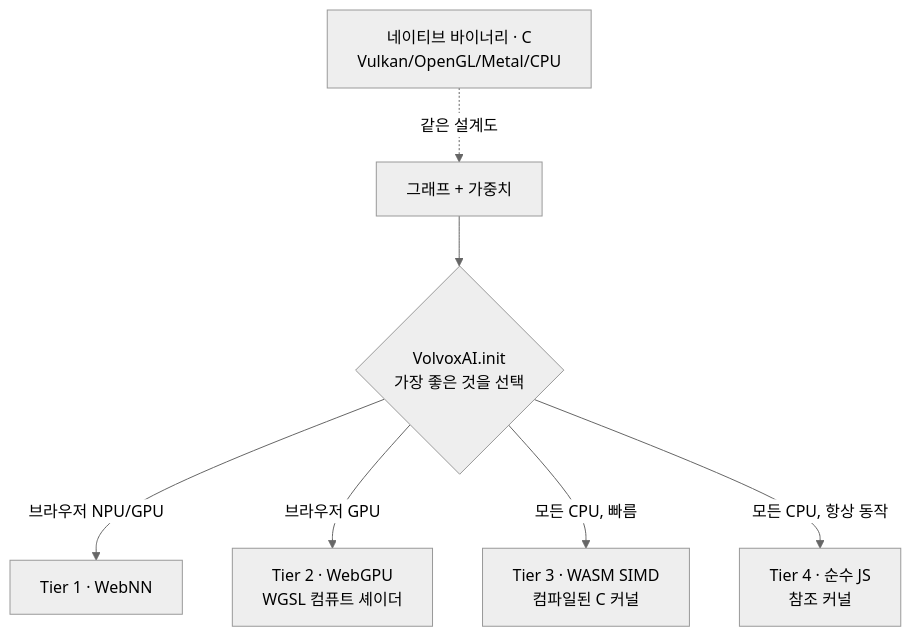
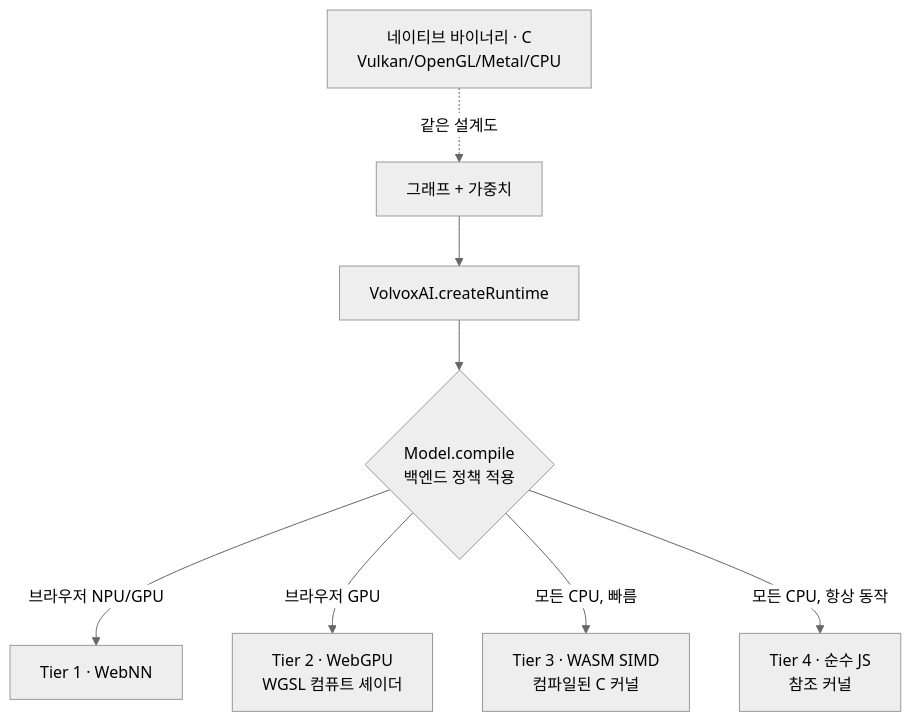
One commit to ivere27/volvoxai changed the diagram in docs/textbook/ko/01-foundations.md. Above: the diagram before and after it, drawn with Mermaid (neutral theme). The commit also changed other lines of this file and 810 other files, not shown here.

````diff
--- a/docs/textbook/ko/01-foundations.md
+++ b/docs/textbook/ko/01-foundations.md
@@ -231,9 +286,10 @@
 ```mermaid
 flowchart TD
-    G["그래프 + 가중치"] --> SEL{"VolvoxAI.init<br/>가장 좋은 것을 선택"}
+    G["그래프 + 가중치"] --> R["VolvoxAI.createRuntime"]
+    R --> SEL{"Model.compile<br/>백엔드 정책 적용"}
     SEL -->|브라우저 NPU/GPU| T1["Tier 1 · WebNN"]
     SEL -->|브라우저 GPU| T2["Tier 2 · WebGPU<br/>WGSL 컴퓨트 셰이더"]
     SEL -->|모든 CPU, 빠름| T3["Tier 3 · WASM SIMD<br/>컴파일된 C 커널"]
     SEL -->|모든 CPU, 항상 동작| T4["Tier 4 · 순수 JS<br/>참조 커널"]
     N["네이티브 바이너리 · C<br/>Vulkan/OpenGL/Metal/CPU"] -.같은 설계도.-> G
 ```
````
